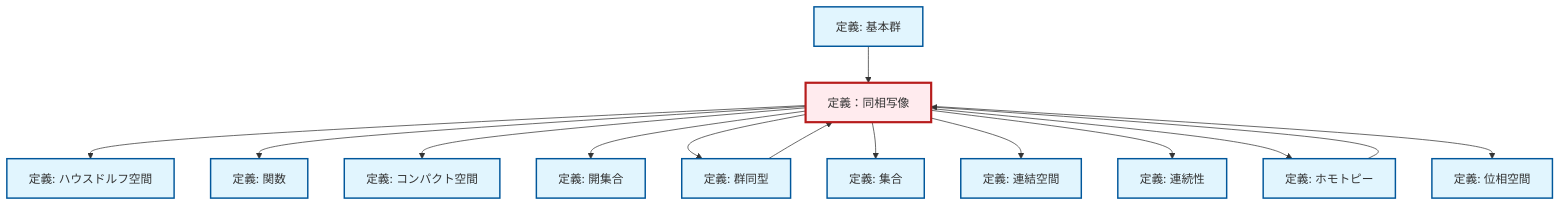
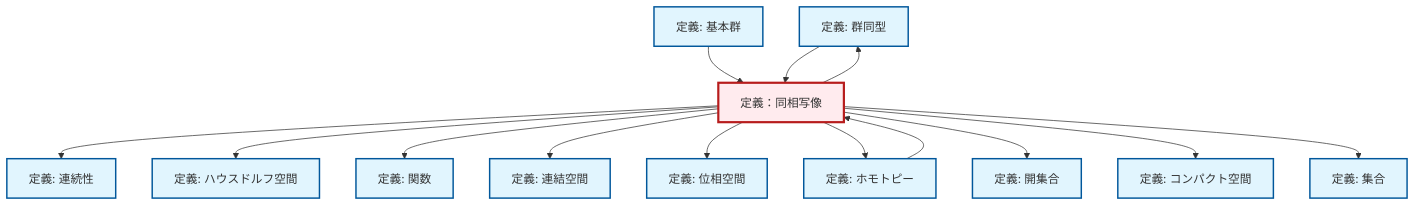
The diagram in content/ja/topology/def-homeomorphism.qmd (RK0429/ModernMath), drawn with Mermaid before and after one commit. The commit also changed other lines of this file and 1012 other files, not shown here.

````diff
--- a/content/ja/topology/def-homeomorphism.qmd
+++ b/content/ja/topology/def-homeomorphism.qmd
@@ -104,46 +104,46 @@
 ```{mermaid}
 %%| fig-cap: "Local dependency graph"
 graph TD
     classDef definition fill:#e1f5fe,stroke:#01579b,stroke-width:2px
     classDef theorem fill:#f3e5f5,stroke:#4a148c,stroke-width:2px
     classDef axiom fill:#fff3e0,stroke:#e65100,stroke-width:2px
     classDef example fill:#e8f5e9,stroke:#1b5e20,stroke-width:2px
     classDef current fill:#ffebee,stroke:#b71c1c,stroke-width:3px
+    def-isomorphism["定義: 群同型"]:::definition
+    def-fundamental-group["定義: 基本群"]:::definition
+    def-connected["定義: 連結空間"]:::definition
+    def-homotopy["定義: ホモトピー"]:::definition
+    def-open-set["定義: 開集合"]:::definition
     def-set["定義: 集合"]:::definition
-    def-fundamental-group["定義: 基本群"]:::definition
+    def-homeomorphism["定義：同相写像"]:::definition
+    def-continuity["定義: 連続性"]:::definition
     def-function["定義: 関数"]:::definition
-    def-homeomorphism["定義：同相写像"]:::definition
-    def-connected["定義: 連結空間"]:::definition
+    def-compact["定義: コンパクト空間"]:::definition
+    def-topological-space["定義: 位相空間"]:::definition
     def-hausdorff["定義: ハウスドルフ空間"]:::definition
-    def-homotopy["定義: ホモトピー"]:::definition
-    def-isomorphism["定義: 群同型"]:::definition
-    def-open-set["定義: 開集合"]:::definition
-    def-topological-space["定義: 位相空間"]:::definition
-    def-continuity["定義: 連続性"]:::definition
-    def-compact["定義: コンパクト空間"]:::definition
+    def-homeomorphism --> def-continuity
     def-homeomorphism --> def-hausdorff
+    def-homeomorphism --> def-function
+    def-fundamental-group --> def-homeomorphism
+    def-homotopy --> def-homeomorphism
     def-isomorphism --> def-homeomorphism
-    def-homeomorphism --> def-function
+    def-homeomorphism --> def-connected
+    def-homeomorphism --> def-topological-space
+    def-homeomorphism --> def-homotopy
+    def-homeomorphism --> def-isomorphism
+    def-homeomorphism --> def-open-set
     def-homeomorphism --> def-compact
-    def-homeomorphism --> def-open-set
-    def-homeomorphism --> def-isomorphism
     def-homeomorphism --> def-set
-    def-homotopy --> def-homeomorphism
-    def-homeomorphism --> def-connected
-    def-homeomorphism --> def-continuity
-    def-homeomorphism --> def-homotopy
-    def-homeomorphism --> def-topological-space
-    def-fundamental-group --> def-homeomorphism
     class def-homeomorphism current
+    click def-isomorphism "def-isomorphism.html" "群同型の定義へ"
+    click def-fundamental-group "def-fundamental-group.html" "基本群の定義へ"
+    click def-connected "def-connected.html" "連結空間の定義へ"
+    click def-homotopy "def-homotopy.html" "ホモトピーの定義へ"
+    click def-open-set "def-open-set.html" "開集合の定義へ"
     click def-set "def-set.html" "集合の定義へ"
-    click def-fundamental-group "def-fundamental-group.html" "基本群の定義へ"
+    click def-continuity "def-continuity.html" "連続性の定義へ"
     click def-function "def-function.html" "関数の定義へ"
-    click def-connected "def-connected.html" "連結空間の定義へ"
+    click def-compact "def-compact.html" "コンパクト空間の定義へ"
+    click def-topological-space "def-topological-space.html" "位相空間の定義へ"
     click def-hausdorff "def-hausdorff.html" "ハウスドルフ空間の定義へ"
-    click def-homotopy "def-homotopy.html" "ホモトピーの定義へ"
-    click def-isomorphism "def-isomorphism.html" "群同型の定義へ"
-    click def-open-set "def-open-set.html" "開集合の定義へ"
-    click def-topological-space "def-topological-space.html" "位相空間の定義へ"
-    click def-continuity "def-continuity.html" "連続性の定義へ"
-    click def-compact "def-compact.html" "コンパクト空間の定義へ"
 ```
````
